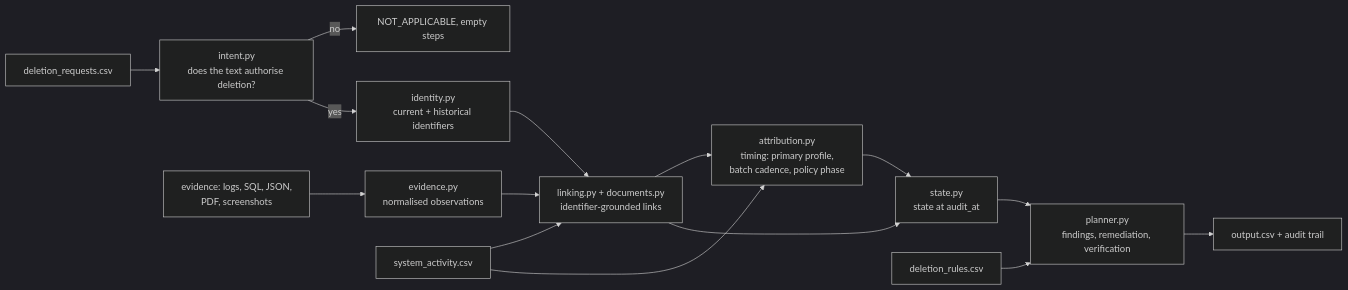
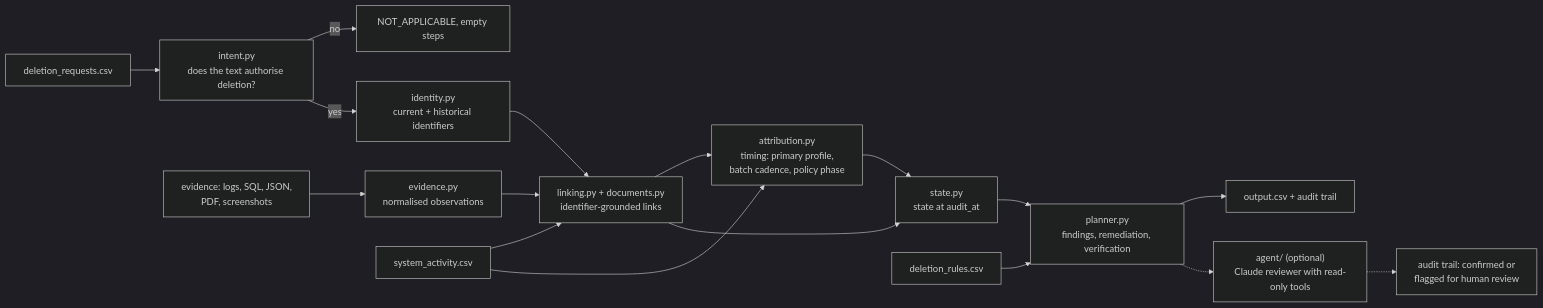
The diagram in README.md (ayushanand27/hackerank_orchestrate_2026), drawn with Mermaid (dark theme) before and after one commit. The commit also changed other lines of this file and 14 other files, not shown here.

First line of the commit message:
Optional Claude review agent: tool-calling loop over read-only tools, validated reviews, deterministic gate

````diff
--- a/README.md
+++ b/README.md
@@ -44,17 +50,19 @@
 ```mermaid
 flowchart LR
     R["deletion_requests.csv"] --> I["intent.py<br/>does the text authorise deletion?"]
     I -- no --> NA["NOT_APPLICABLE, empty steps"]
     I -- yes --> ID["identity.py<br/>current + historical identifiers"]
     E["evidence: logs, SQL, JSON,<br/>PDF, screenshots"] --> EV["evidence.py<br/>normalised observations"]
     A["system_activity.csv"] --> L
     EV --> L["linking.py + documents.py<br/>identifier-grounded links"]
     ID --> L
     L --> AT["attribution.py<br/>timing: primary profile,<br/>batch cadence, policy phase"]
     A --> AT
     AT --> S["state.py<br/>state at audit_at"]
     L --> S
     P["deletion_rules.csv"] --> PL["planner.py<br/>findings, remediation, verification"]
     S --> PL
     PL --> O["output.csv + audit trail"]
+    PL -.-> RV["agent/ (optional)<br/>Claude reviewer with read-only tools"]
+    RV -.-> FL["audit trail: confirmed or<br/>flagged for human review"]
 ```
````
